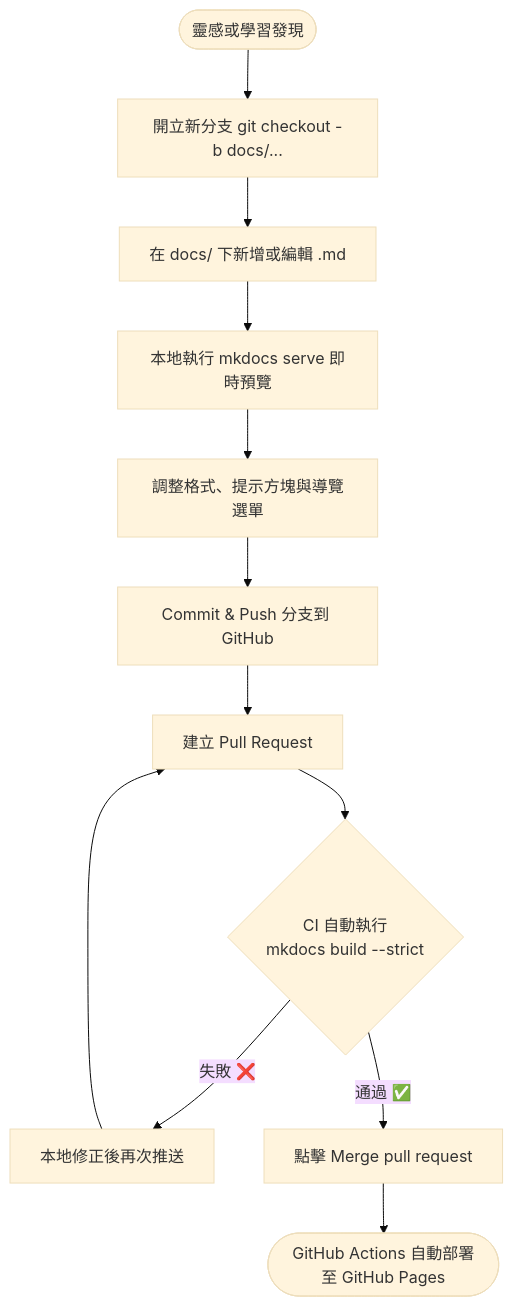
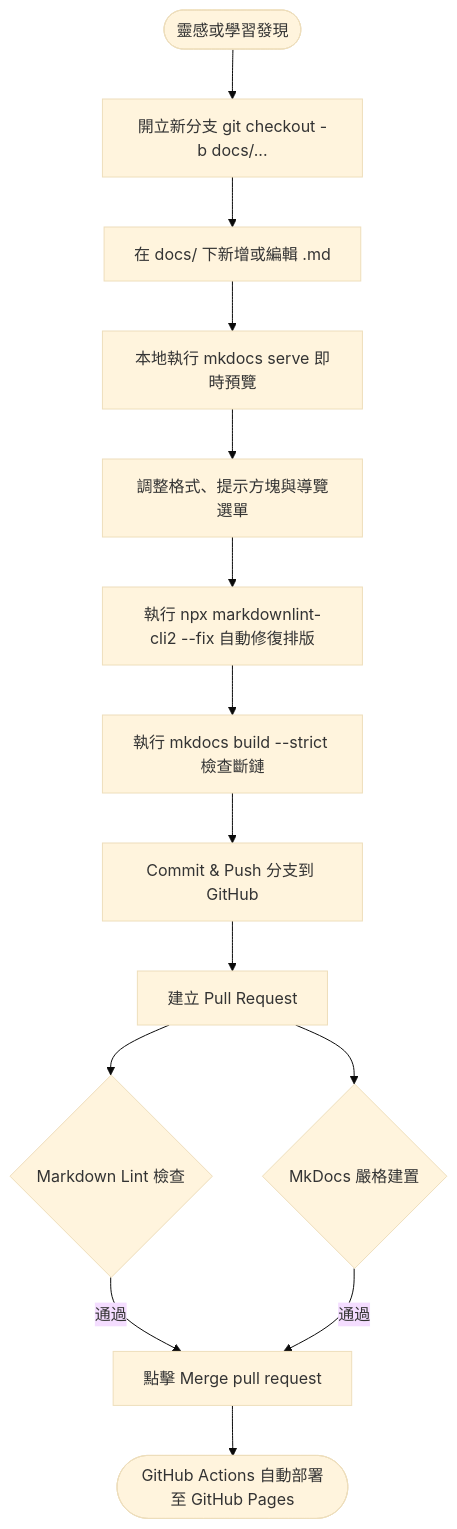
Before and after one commit to windcoldchen/windcold-kb: the diagram in docs/notes/workflow.md, drawn with Mermaid (base theme). The commit also changed other lines of this file and 8 other files, not shown here.

````diff
--- a/docs/notes/workflow.md
+++ b/docs/notes/workflow.md
@@ -9,14 +9,16 @@
 ```mermaid
 flowchart TD
     Idea([靈感或學習發現]) --> Branch[開立新分支 git checkout -b docs/...]
     Branch --> Draft[在 docs/ 下新增或編輯 .md]
     Draft --> Local[本地執行 mkdocs serve 即時預覽]
     Local --> Polish[調整格式、提示方塊與導覽選單]
-    Polish --> Push[Commit & Push 分支到 GitHub]
+    Polish --> Lint[執行 npx markdownlint-cli2 --fix 自動修復排版]
+    Lint --> Strict[執行 mkdocs build --strict 檢查斷鏈]
+    Strict --> Push[Commit & Push 分支到 GitHub]
     Push --> PR[建立 Pull Request]
-    PR --> CI{CI 自動執行<br/>mkdocs build --strict}
-    CI -->|失敗 ❌| Fix[本地修正後再次推送]
-    Fix --> PR
-    CI -->|通過 ✅| Merge[點擊 Merge pull request]
+    PR --> CI1{Markdown Lint 檢查}
+    PR --> CI2{MkDocs 嚴格建置}
+    CI1 -->|通過| Merge[點擊 Merge pull request]
+    CI2 -->|通過| Merge
     Merge --> Deploy([GitHub Actions 自動部署至 GitHub Pages])
 ```
````
